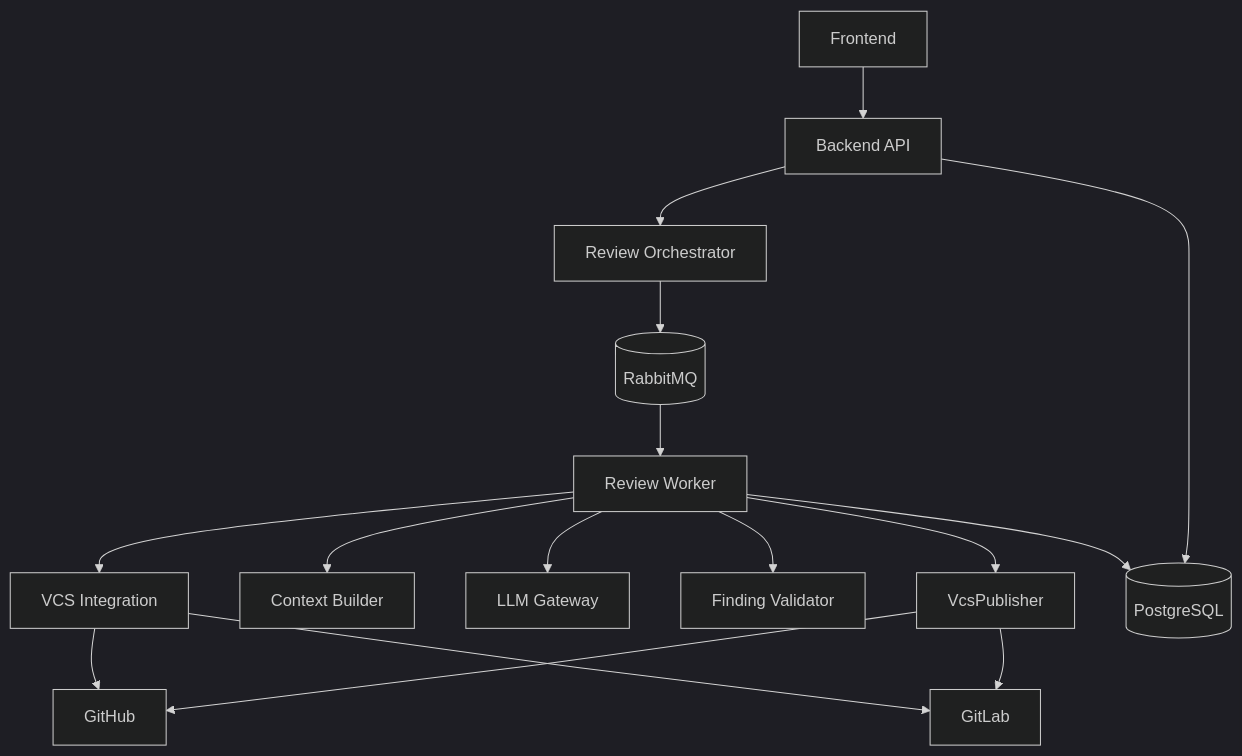
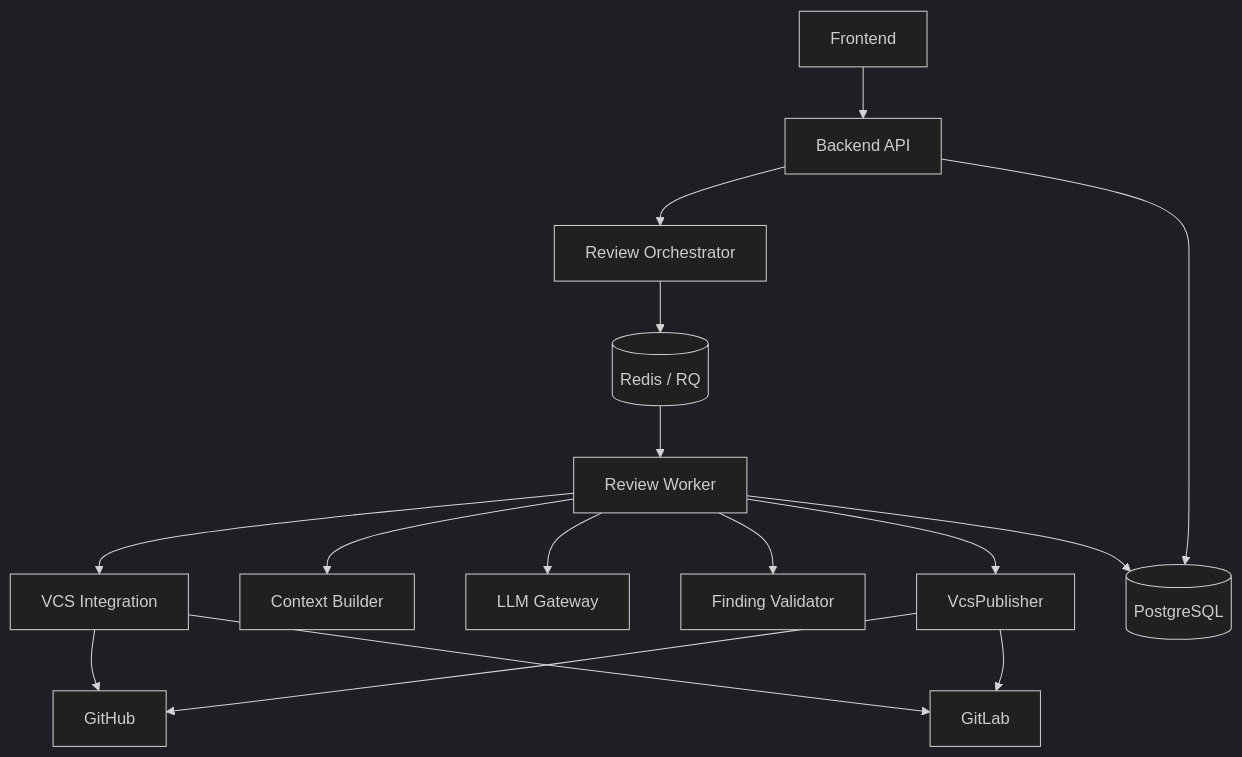
Before and after one commit to larchanka-training/dmc-268-api-t3: the third of 11 diagrams in SYSTEM_DESIGN.md, drawn with Mermaid (dark theme). The commit also changed other lines of this file and 2 other files, not shown here.

Commit message:
docs: switch v1 queue from RabbitMQ to Redis/RQ

````diff
--- a/SYSTEM_DESIGN.md
+++ b/SYSTEM_DESIGN.md
@@ -62,18 +62,18 @@
 ```mermaid
 flowchart TB
     FE[Frontend] --> API[Backend API]
     API --> ORCH[Review Orchestrator]
-    ORCH --> MQ[(RabbitMQ)]
+    ORCH --> MQ[(Redis / RQ)]
     MQ --> W[Review Worker]
     W --> VI[VCS Integration]
     W --> CB[Context Builder]
     W --> LG[LLM Gateway]
     W --> FV[Finding Validator]
     W --> VP[VcsPublisher]
     API --> DB[(PostgreSQL)]
     W --> DB
     VI --> GH[GitHub]
     VI --> GL[GitLab]
     VP --> GH
     VP --> GL
 ```
````
